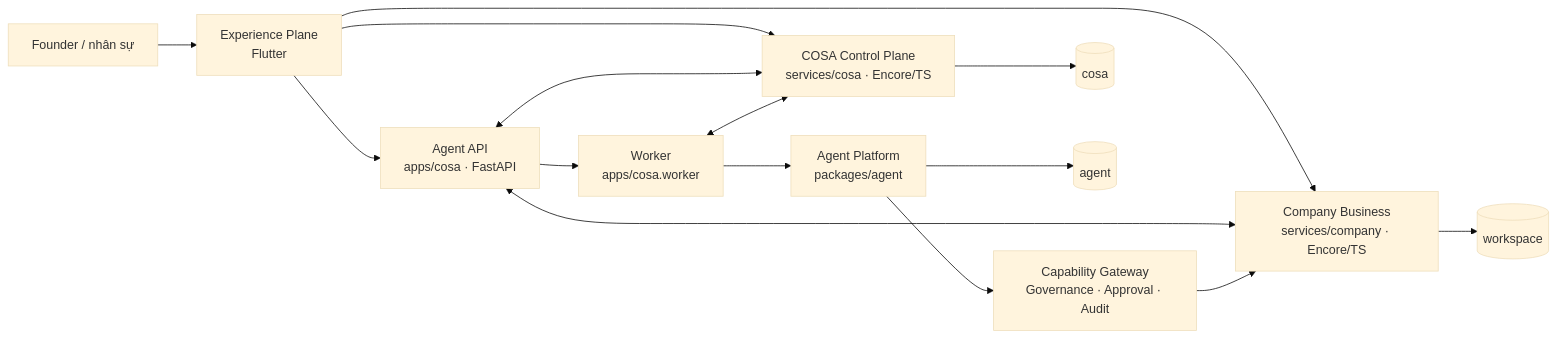
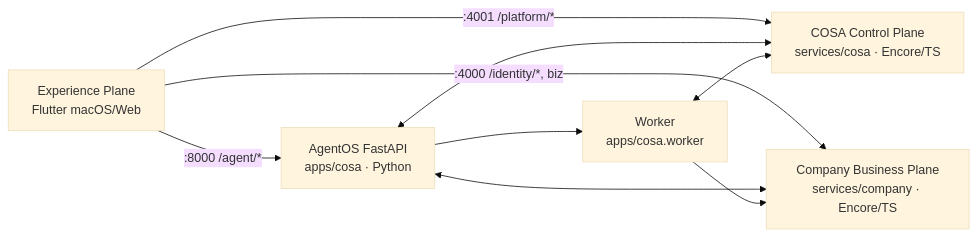
One commit to vutasoftvn/javis-saas changed the diagram in README.md. Above: the diagram before and after it, drawn with Mermaid (base theme). The commit also changed other lines of this file and 150 other files, not shown here.

Commit message:
feat(cosa): gỡ PLATFORM_JWT_SECRET và login cục bộ; đổi workspace→organization (DB, API path)

````diff
--- a/README.md
+++ b/README.md
@@ -41,17 +14,11 @@
 ```mermaid
 flowchart LR
-    U[Founder / nhân sự] --> F[Experience Plane<br/>Flutter]
-    F --> C[COSA Control Plane<br/>services/cosa · Encore/TS]
-    F --> B[Company Business<br/>services/company · Encore/TS]
-    F --> A[Agent API<br/>apps/cosa · FastAPI]
-    A <--> C
-    A <--> B
-    A --> W[Worker<br/>apps/cosa.worker]
-    W <--> C
-    W --> K[Agent Platform<br/>packages/agent]
-    K --> G[Capability Gateway<br/>Governance · Approval · Audit]
-    G --> B
-    C --> D1[(cosa)]
-    B --> D2[(workspace)]
-    K --> D3[(agent)]
+    UI[Experience Plane<br/>Flutter macOS/Web] -->|:4001 /platform/*| CP[COSA Control Plane<br/>services/cosa · Encore/TS]
+    UI -->|:4000 /identity/*, biz| BZ[Company Business Plane<br/>services/company · Encore/TS]
+    UI -->|:8000 /agent/*| AP[AgentOS FastAPI<br/>apps/cosa · Python]
+    AP <--> CP
+    AP <--> BZ
+    AP --> WK[Worker<br/>apps/cosa.worker]
+    WK <--> CP
+    WK --> BZ
 ```
````
